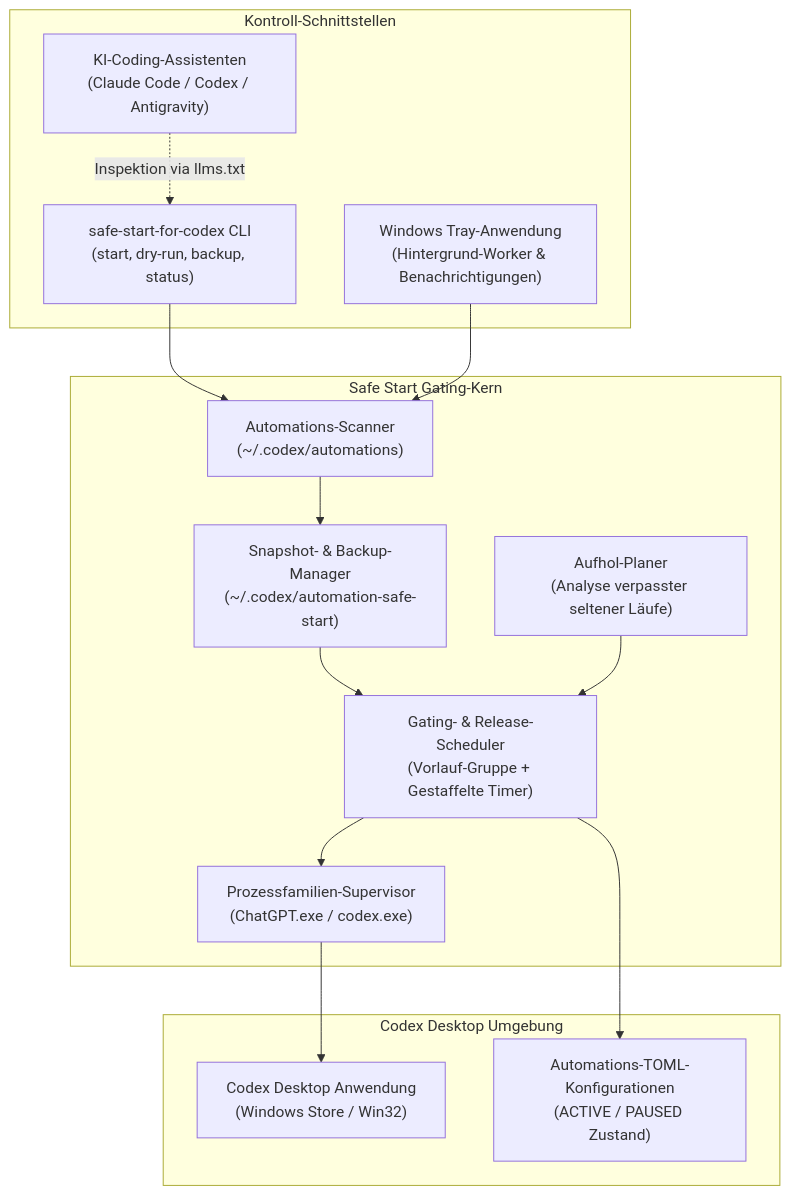
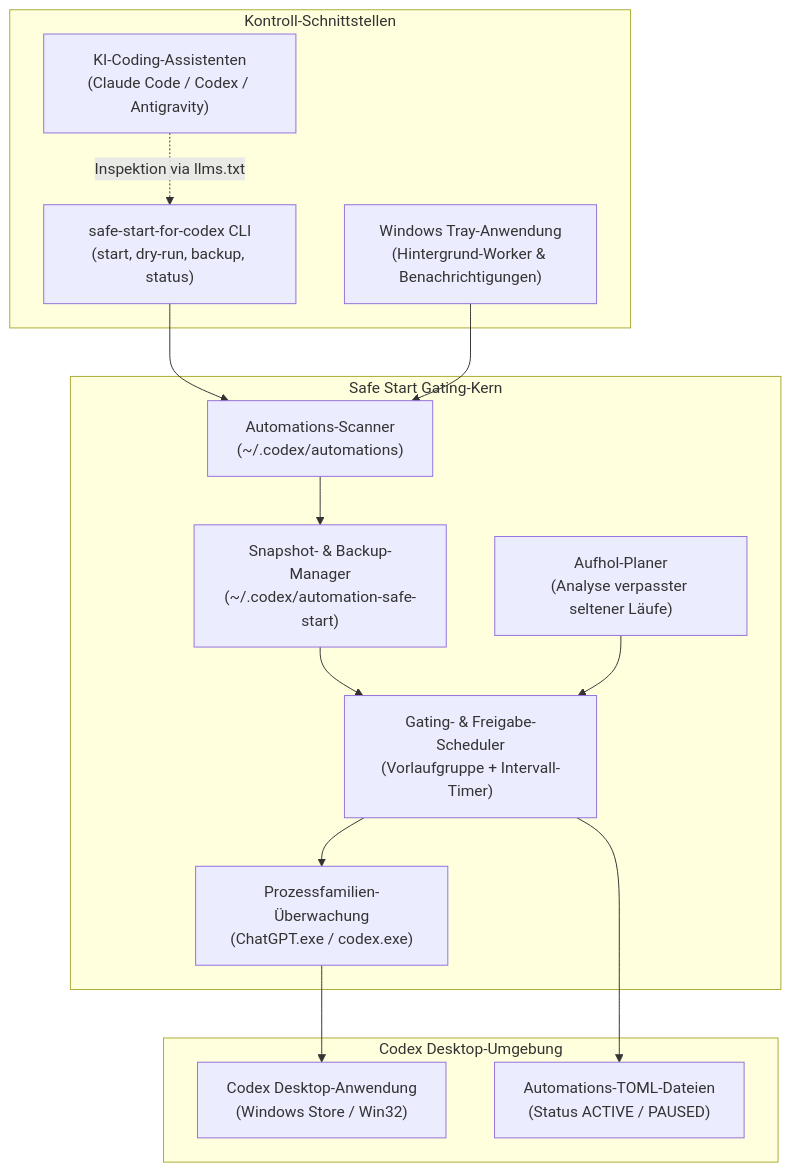
Before and after one commit to dev-bricks/safe-start-for-codex: the first of 2 diagrams in README_de.md, drawn with Mermaid. The commit also changed other lines of this file and 10 other files, not shown here.

Commit message:
feat(marketing): Pfad B discoverability, visual architecture, 18-point navigation parity & level 1 SBOM [G 2026-09-21]

````diff
--- a/README_de.md
+++ b/README_de.md
@@ -97,32 +86,32 @@
 ```mermaid
 graph TB
     subgraph KontrollSchnittstellen ["Kontroll-Schnittstellen"]
         CLI["safe-start-for-codex CLI<br/>(start, dry-run, backup, status)"]
         Tray["Windows Tray-Anwendung<br/>(Hintergrund-Worker & Benachrichtigungen)"]
         AIAssistants["KI-Coding-Assistenten<br/>(Claude Code / Codex / Antigravity)"]
     end
 
-    subgraph KernEngine ["Safe Start Gating-Kern"]
+    subgraph CoreEngine ["Safe Start Gating-Kern"]
         Scanner["Automations-Scanner<br/>(~/.codex/automations)"]
         BackupEngine["Snapshot- & Backup-Manager<br/>(~/.codex/automation-safe-start)"]
-        GatingScheduler["Gating- & Release-Scheduler<br/>(Vorlauf-Gruppe + Gestaffelte Timer)"]
-        ProcessGuard["Prozessfamilien-Supervisor<br/>(ChatGPT.exe / codex.exe)"]
+        GatingScheduler["Gating- & Freigabe-Scheduler<br/>(Vorlaufgruppe + Intervall-Timer)"]
+        ProcessGuard["Prozessfamilien-Überwachung<br/>(ChatGPT.exe / codex.exe)"]
         CatchUp["Aufhol-Planer<br/>(Analyse verpasster seltener Läufe)"]
     end
 
-    subgraph ZielUmgebung ["Codex Desktop Umgebung"]
-        CodexApp["Codex Desktop Anwendung<br/>(Windows Store / Win32)"]
-        AutomationConfigs["Automations-TOML-Konfigurationen<br/>(ACTIVE / PAUSED Zustand)"]
+    subgraph TargetEnvironment ["Codex Desktop-Umgebung"]
+        CodexApp["Codex Desktop-Anwendung<br/>(Windows Store / Win32)"]
+        AutomationConfigs["Automations-TOML-Dateien<br/>(Status ACTIVE / PAUSED)"]
     end
 
     CLI --> Scanner
     Tray --> Scanner
     AIAssistants -.->|Inspektion via llms.txt| CLI
 
     Scanner --> BackupEngine
     BackupEngine --> GatingScheduler
     GatingScheduler --> ProcessGuard
     ProcessGuard --> CodexApp
     GatingScheduler --> AutomationConfigs
     CatchUp --> GatingScheduler
 ```
````
